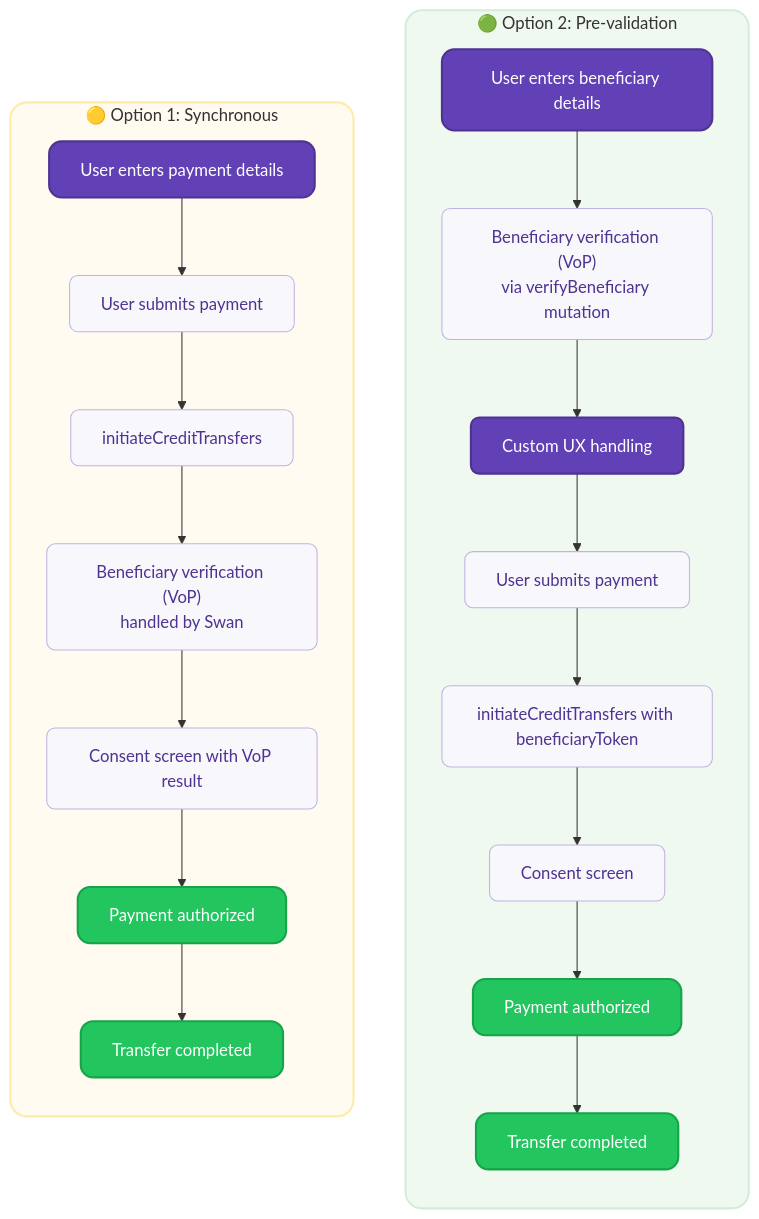
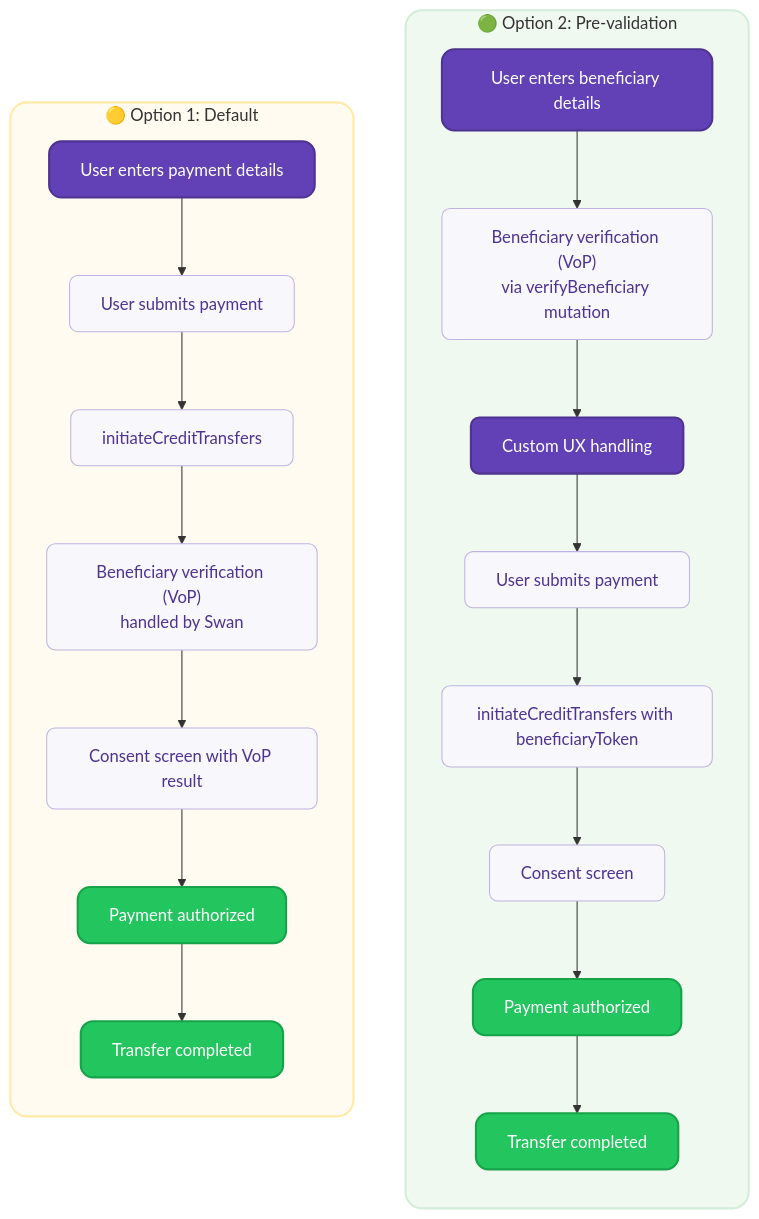
The second of 3 diagrams in docs/topics/payments/credit-transfers/sepa/verification-of-payee.mdx (swan-io/docs), drawn with Mermaid before and after one commit. The commit also changed other lines of this file, not shown here.

Commit message:
New option terminology

````diff
--- a/docs/topics/payments/credit-transfers/sepa/verification-of-payee.mdx
+++ b/docs/topics/payments/credit-transfers/sepa/verification-of-payee.mdx
@@ -221,49 +221,49 @@
 ```mermaid
 flowchart TD
     subgraph Option2 ["🟢 Option 2: Pre-validation"]
         direction TB
         A2["User enters beneficiary details"] --> B2["Beneficiary verification (VoP)<br/>via verifyBeneficiary mutation"]
         B2 --> C2["Custom UX handling"]
         C2 --> D2["User submits payment"]
         D2 --> E2["initiateCreditTransfers with beneficiaryToken"]
         E2 --> F2["Consent screen"]
         F2 --> G2["Payment authorized"]
         G2 --> H2["Transfer completed"]
     end
 
-    subgraph Option1 ["🟡 Option 1: Synchronous"]
+    subgraph Option1 ["🟡 Option 1: Default"]
         direction TB
         A1["User enters payment details"] --> B1["User submits payment"]
         B1 --> C1["initiateCreditTransfers"]
         C1 --> D1["Beneficiary verification (VoP)<br/>handled by Swan"]
         D1 --> E1["Consent screen with VoP result"]
         E1 --> F1["Payment authorized"]
         F1 --> G1["Transfer completed"]
     end
     
     classDef default fill:#ffffff,stroke:#6240b5,stroke-width:1px,color:#271a48,rx:8,ry:8
     classDef input fill:#6240b5,stroke:#4e3391,stroke-width:2px,color:#ffffff,rx:12,ry:12
     classDef process fill:#f8f7fc,stroke:#c0b3e1,stroke-width:1px,color:#4e3391,rx:8,ry:8
     classDef success fill:#22c55e,stroke:#16a34a,stroke-width:2px,color:#ffffff,rx:12,ry:12
     classDef transfer fill:#22c55e,stroke:#16a34a,stroke-width:2px,color:#ffffff,rx:12,ry:12
     classDef custom fill:#6240b5,stroke:#4e3391,stroke-width:2px,color:#ffffff,rx:8,ry:8
     classDef invisible fill:transparent,stroke:transparent,color:transparent
     classDef subgraph1 fill:#fffbf0,stroke:#ffeaa7,stroke-width:2px,rx:16,ry:16
     classDef subgraph2 fill:#f0f9f0,stroke:#d4edda,stroke-width:2px,rx:16,ry:16
     
     %% Option 1 styling
     class A1 input
     class B1,C1,D1,E1 process
     class F1 success
     class G1 transfer
     
     %% Option 2 styling
     class A2 input
     class B2,D2,E2,F2 process
     class C2 custom
     class G2 success
     class H2 transfer
     
     class Option1 subgraph1
     class Option2 subgraph2
 ```
````
